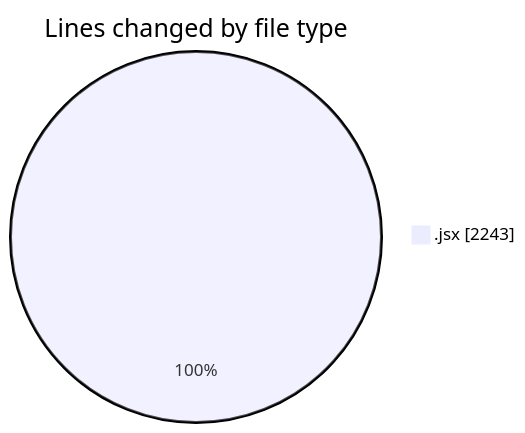
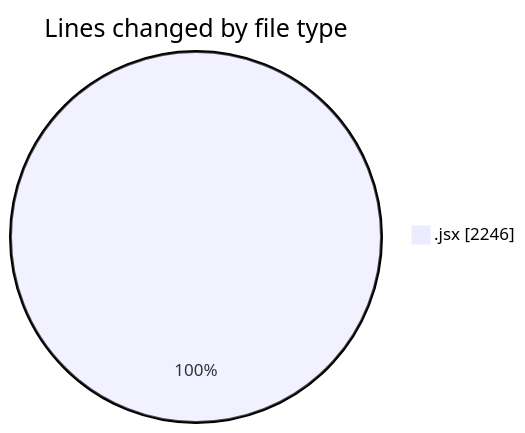
One commit to nxtqubesakshisongat/code-tracking changed the first of 2 diagrams in 2025-11-19/nxtqube_webapp/README.md. Above: the diagram before and after it, drawn with Mermaid. The commit also changed other lines of this file and 1 other file, not shown here.

````diff
--- a/2025-11-19/nxtqube_webapp/README.md
+++ b/2025-11-19/nxtqube_webapp/README.md
@@ -22,5 +22,5 @@
 ```mermaid
 pie showData
 title Lines changed by file type
-".jsx" : 2243
+".jsx" : 2246
 ```
````
